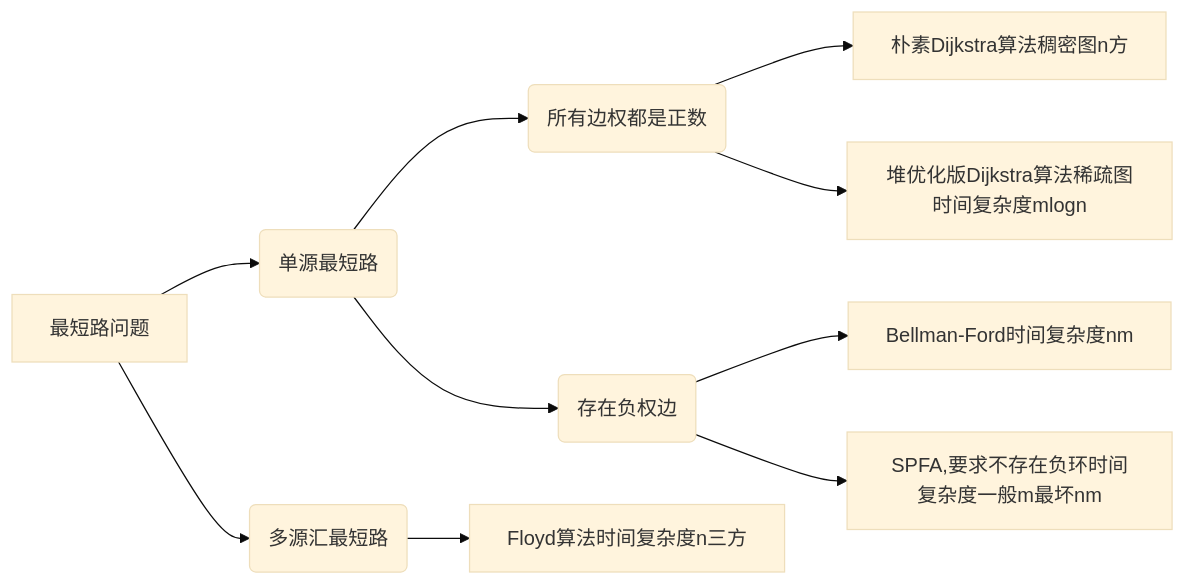
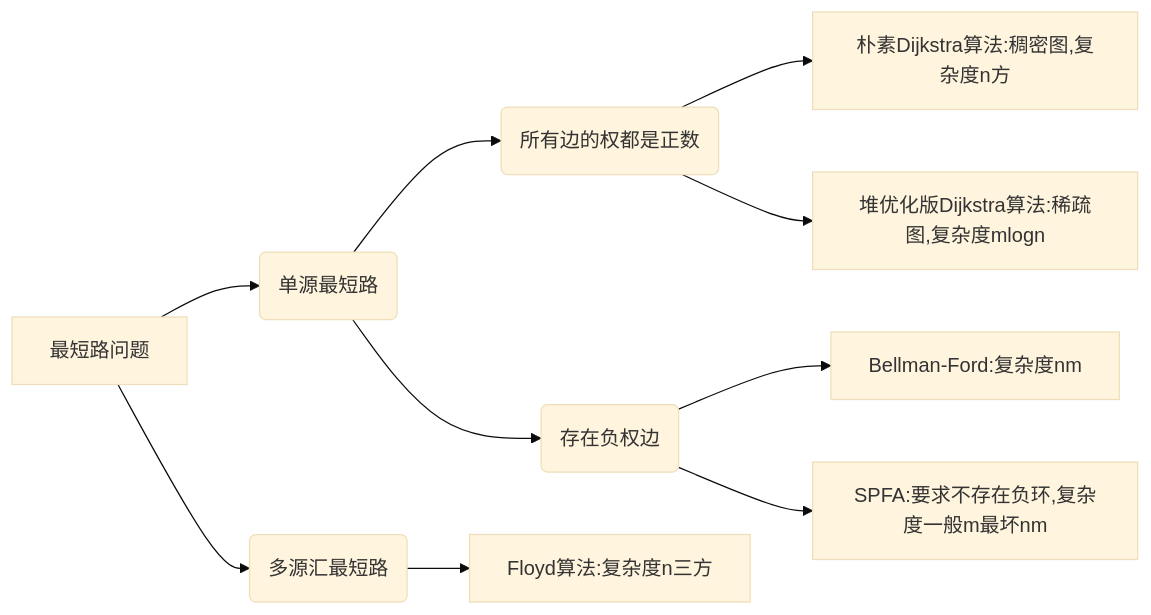
The diagram in src/模板.md (meide-li/Algorithms), drawn with Mermaid (base theme) before and after one commit. The commit also changed other lines of this file and 2 other files, not shown here.

````diff
--- a/src/模板.md
+++ b/src/模板.md
@@ -840,12 +845,12 @@
 ```mermaid
 graph LR
 最短路问题--> A1(单源最短路)
-A1-->B1(所有边权都是正数)
-B1-->朴素Dijkstra算法稠密图n方
-B1-->堆优化版Dijkstra算法稀疏图时间复杂度mlogn
+A1-->B1(所有边的权都是正数)
+B1-->朴素Dijkstra算法:稠密图,复杂度n方
+B1-->堆优化版Dijkstra算法:稀疏图,复杂度mlogn
 A1-->B2(存在负权边)
-B2-->Bellman-Ford时间复杂度nm
-B2-->SPFA,要求不存在负环时间复杂度一般m最坏nm
+B2-->Bellman-Ford:复杂度nm
+B2-->SPFA:要求不存在负环,复杂度一般m最坏nm
 最短路问题--> A2(多源汇最短路)
-A2-->Floyd算法时间复杂度n三方
+A2-->Floyd算法:复杂度n三方
 ```
````
